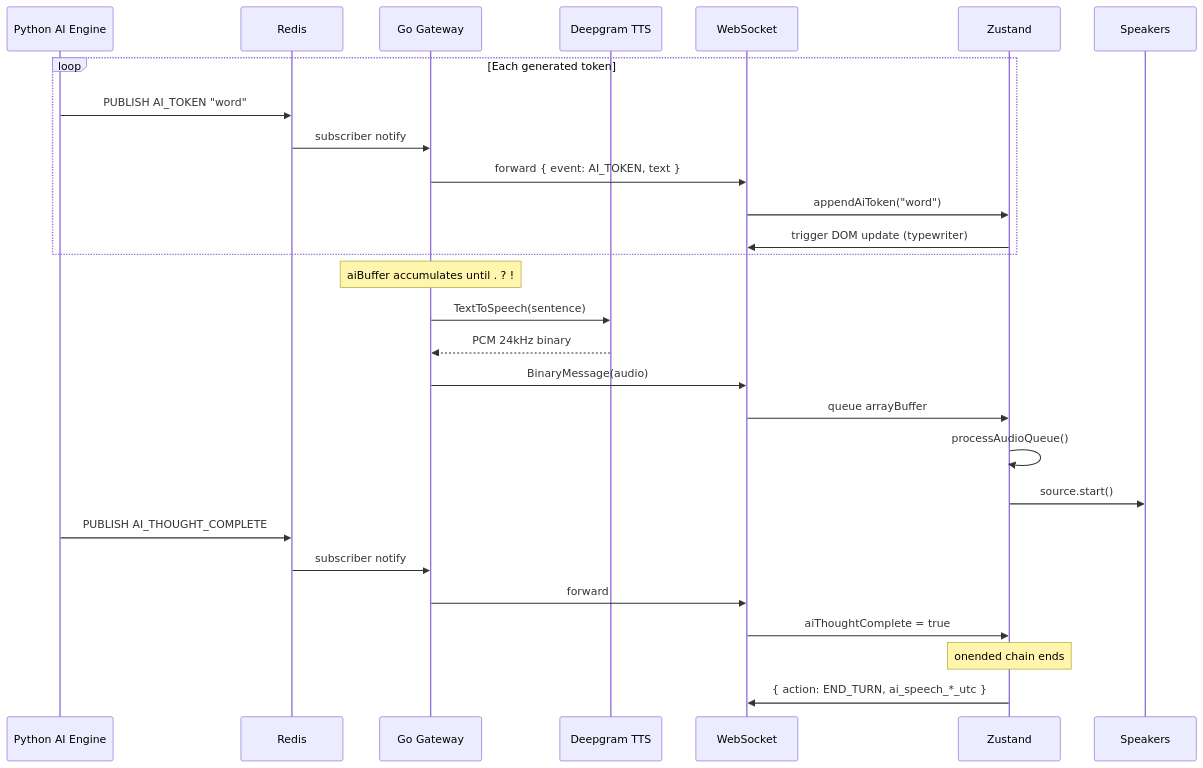
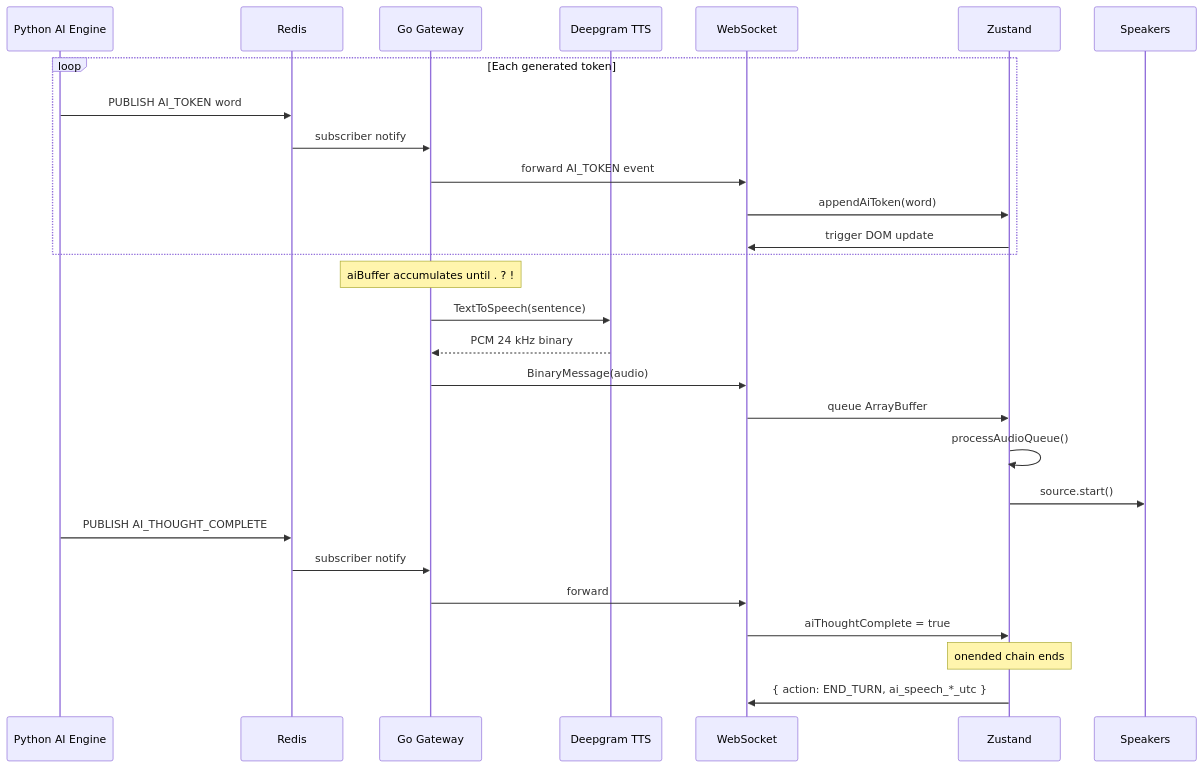
The fourth of 4 diagrams in README.md (Mahakisore7/Agora-Frontend), drawn with Mermaid before and after one commit. The commit also changed other lines of this file, not shown here.

````diff
--- a/README.md
+++ b/README.md
@@ -498,34 +435,34 @@
 ```mermaid
 sequenceDiagram
     participant AI as Python AI Engine
     participant R as Redis
     participant GW as Go Gateway
     participant TTS as Deepgram TTS
     participant WS as WebSocket
     participant Z as Zustand
-    participant 🔊 as Speakers
+    participant Spk as Speakers
 
     loop Each generated token
-        AI->>R: PUBLISH AI_TOKEN "word"
+        AI->>R: PUBLISH AI_TOKEN word
         R->>GW: subscriber notify
-        GW->>WS: forward { event: AI_TOKEN, text }
-        WS->>Z: appendAiToken("word")
-        Z->>WS: trigger DOM update (typewriter)
+        GW->>WS: forward AI_TOKEN event
+        WS->>Z: appendAiToken(word)
+        Z->>WS: trigger DOM update
     end
 
     Note over GW: aiBuffer accumulates until . ? !
     GW->>TTS: TextToSpeech(sentence)
-    TTS-->>GW: PCM 24kHz binary
+    TTS-->>GW: PCM 24 kHz binary
     GW->>WS: BinaryMessage(audio)
-    WS->>Z: queue arrayBuffer
+    WS->>Z: queue ArrayBuffer
     Z->>Z: processAudioQueue()
-    Z->>🔊: source.start()
+    Z->>Spk: source.start()
 
     AI->>R: PUBLISH AI_THOUGHT_COMPLETE
     R->>GW: subscriber notify
     GW->>WS: forward
     WS->>Z: aiThoughtComplete = true
 
     Note over Z: onended chain ends
     Z->>WS: { action: END_TURN, ai_speech_*_utc }
 ```
````
